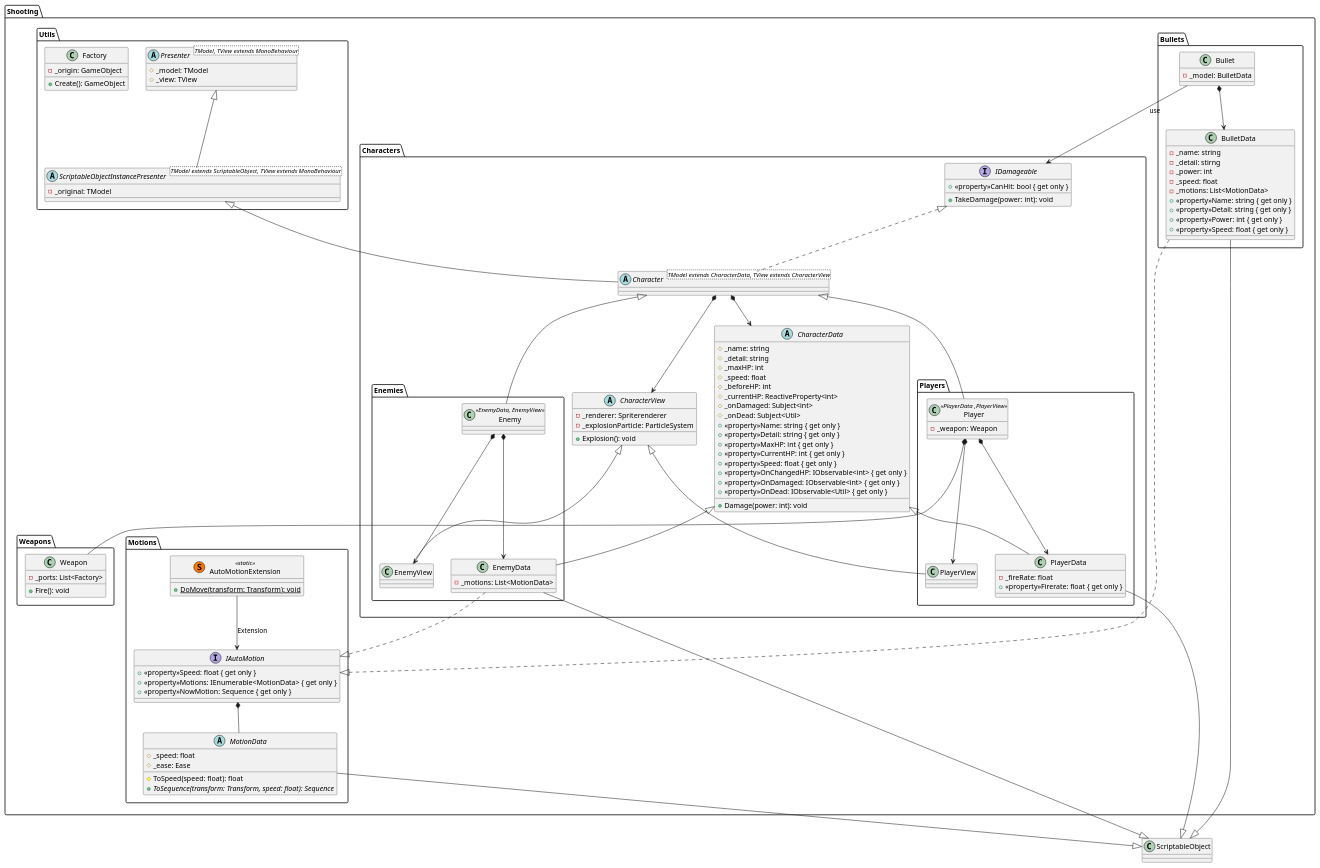
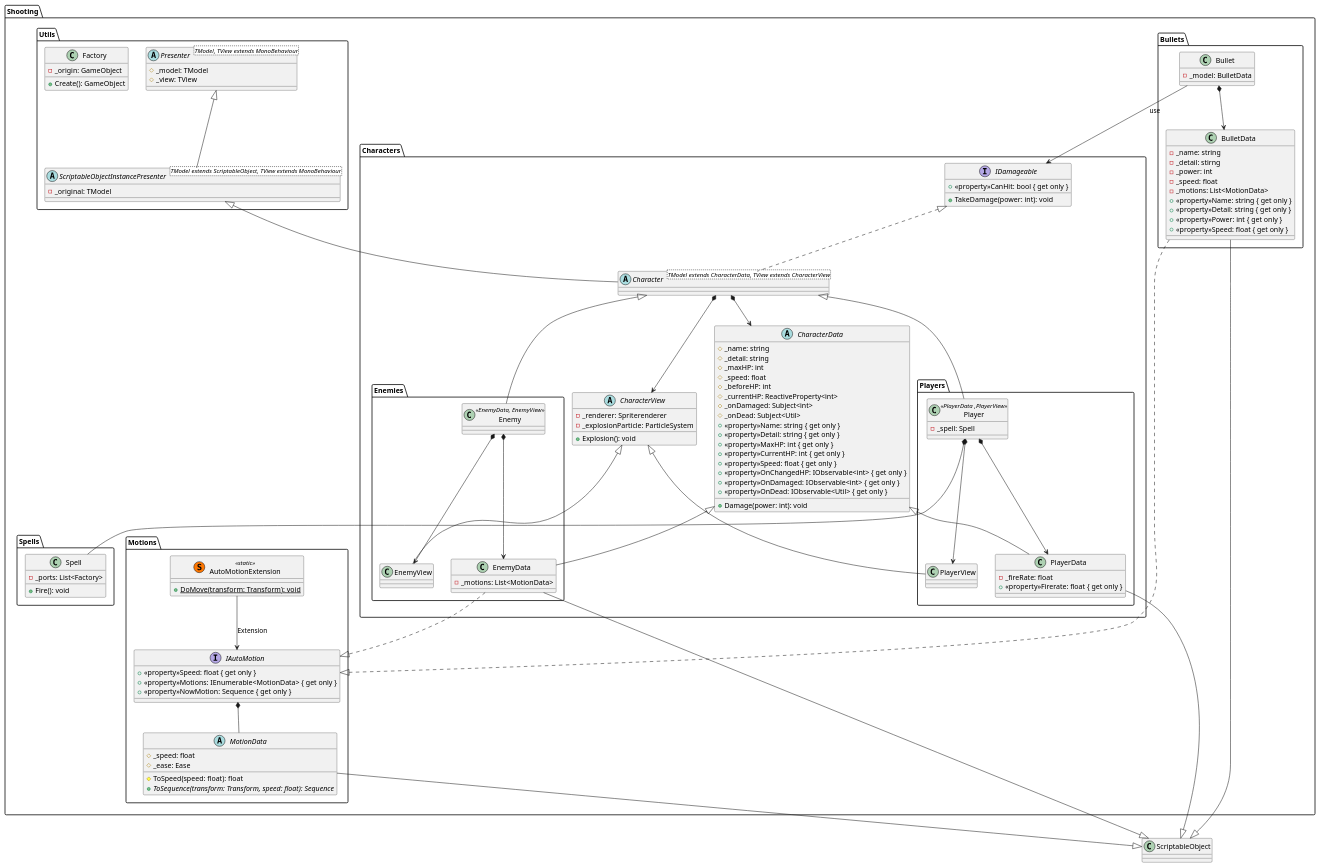
The diagram in Assets/UML/ClassDiaglam.pu (nmskm240/MagicalShooter), drawn with PlantUML before and after one commit. The commit also changed 10 other files, not shown here.

```diff
--- a/Assets/UML/ClassDiaglam.pu
+++ b/Assets/UML/ClassDiaglam.pu
@@ -1,159 +1,159 @@
 @startuml Shooting
 
 package Shooting
 {
     package Bullets
     {
         class Bullet
         {
             -_model: BulletData
         }
         class BulletData
         {
             -_name: string
             -_detail: stirng
             -_power: int
             -_speed: float
             -_motions: List<MotionData>
             +<<property>>Name: string { get only }
             +<<property>>Detail: string { get only }
             +<<property>>Power: int { get only }
             +<<property>>Speed: float { get only }
         }
     }
     package Characters
     {
         package Enemies
         {
             class Enemy<<EnemyData, EnemyView>>
             class EnemyData
             {
                 -_motions: List<MotionData>
             }
             class EnemyView
         }
         package Players
         {
             class Player<<PlayerData ,PlayerView>>
             {
-                -_weapon: Weapon
+                -_spell: Spell
             }
             class PlayerData
             {
                 -_fireRate: float
                 +<<property>>Firerate: float { get only }
             }
             class PlayerView
         }
         abstract Character<TModel extends CharacterData, TView extends CharacterView>
         abstract CharacterData
         {
             #_name: string
             #_detail: string
             #_maxHP: int
             #_speed: float
             #_beforeHP: int
             #_currentHP: ReactiveProperty<int>
             #_onDamaged: Subject<int>
             #_onDead: Subject<Util>
             +<<property>>Name: string { get only }
             +<<property>>Detail: string { get only }
             +<<property>>MaxHP: int { get only }
             +<<property>>CurrentHP: int { get only }
             +<<property>>Speed: float { get only }
             +<<property>>OnChangedHP: IObservable<int> { get only }
             +<<property>>OnDamaged: IObservable<int> { get only }
             +<<property>>OnDead: IObservable<Util> { get only }
             +Damage(power: int): void
         }
         abstract CharacterView
         {
             -_renderer: Spriterenderer
             -_explosionParticle: ParticleSystem
             +Explosion(): void
         }
         interface IDamageable
         {
             +<<property>>CanHit: bool { get only }
             +TakeDamage(power: int): void
         }
     }
     package Motions
     {
         class AutoMotionExtension<<(S,#FF7700) static>>
         {
             +{static}DoMove(transform: Transform): void
         }
         abstract MotionData
         {
             #_speed: float
             #_ease: Ease
             #ToSpeed(speed: float): float
             +{abstract}ToSequence(transform: Transform, speed: float): Sequence
         }
         interface IAutoMotion
         {
             +<<property>>Speed: float { get only }
             +<<property>>Motions: IEnumerable<MotionData> { get only }
             +<<property>>NowMotion: Sequence { get only }
         }
     }
     package Utils
     {
         class Factory
         {
             -_origin: GameObject
             +Create(): GameObject
         }
         abstract Presenter<TModel, TView extends MonoBehaviour>
         {
             #_model: TModel
             #_view: TView
         }
         abstract ScriptableObjectInstancePresenter<TModel extends ScriptableObject, TView extends MonoBehaviour>
         {
             -_original: TModel
         }
     }
-    package Weapons
+    package Spells
     {
-        class Weapon
+        class Spell
         {
             -_ports: List<Factory>
             +Fire(): void
         }
     }
 }
 
 BulletData --|> ScriptableObject
 EnemyData --|> ScriptableObject
 PlayerData --|> ScriptableObject
 MotionData --|> ScriptableObject
 ScriptableObjectInstancePresenter -up-|> Presenter
 Character -up-|> ScriptableObjectInstancePresenter
 Enemy -up-|> Character
 EnemyData -up-|> CharacterData
 EnemyView -up-|> CharacterView
 Player -up-|> Character
 PlayerData -up-|> CharacterData
 PlayerView -up-|> CharacterView
 
 Character .up.|> IDamageable
 BulletData ..|> IAutoMotion
 EnemyData ..|> IAutoMotion
 
-Player *-- Weapon
+Player *-- Spell
 IAutoMotion *-- MotionData
 
 Bullet *--> BulletData
 Character *--> CharacterData
 Character *--> CharacterView
 Enemy *--> EnemyData
 Enemy *--> EnemyView
 Player *--> PlayerData
 Player *--> PlayerView
 
 Bullet --> IDamageable : use
 AutoMotionExtension --> IAutoMotion : Extension
 
 @enduml
```
